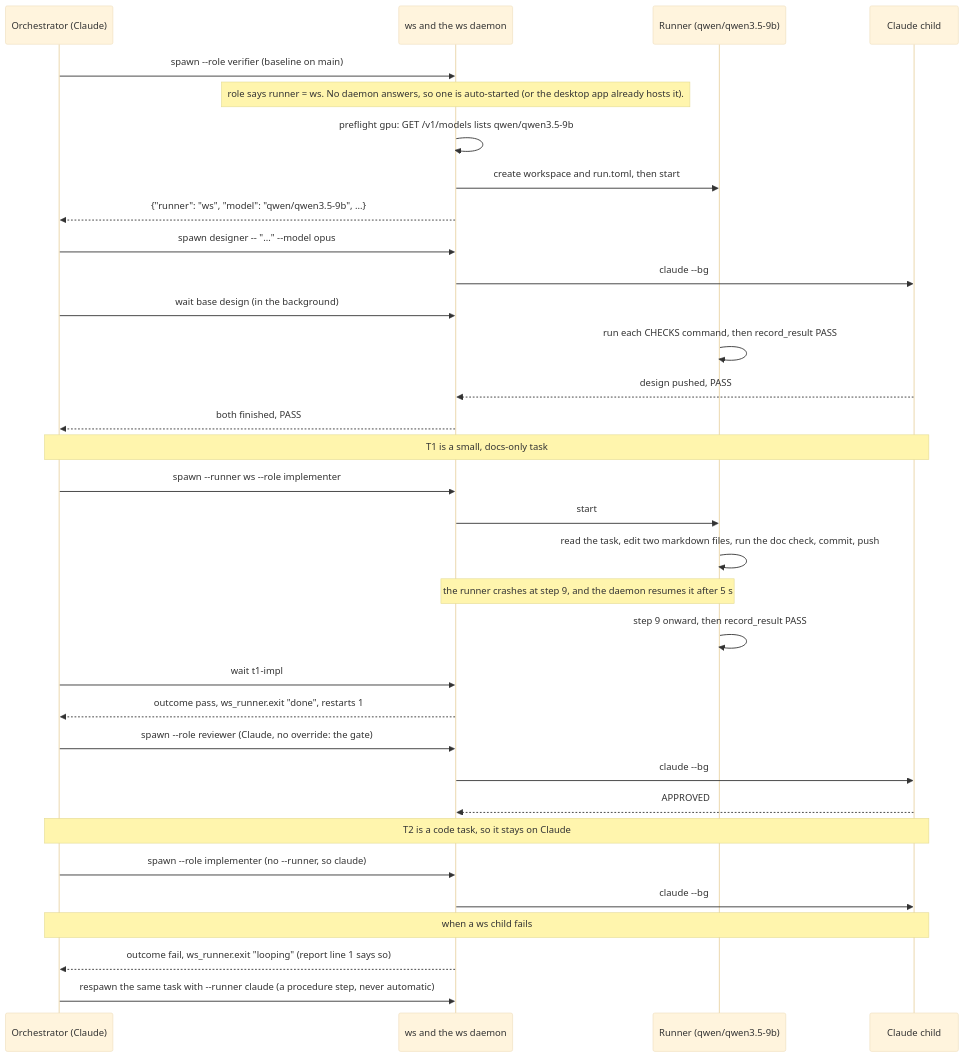
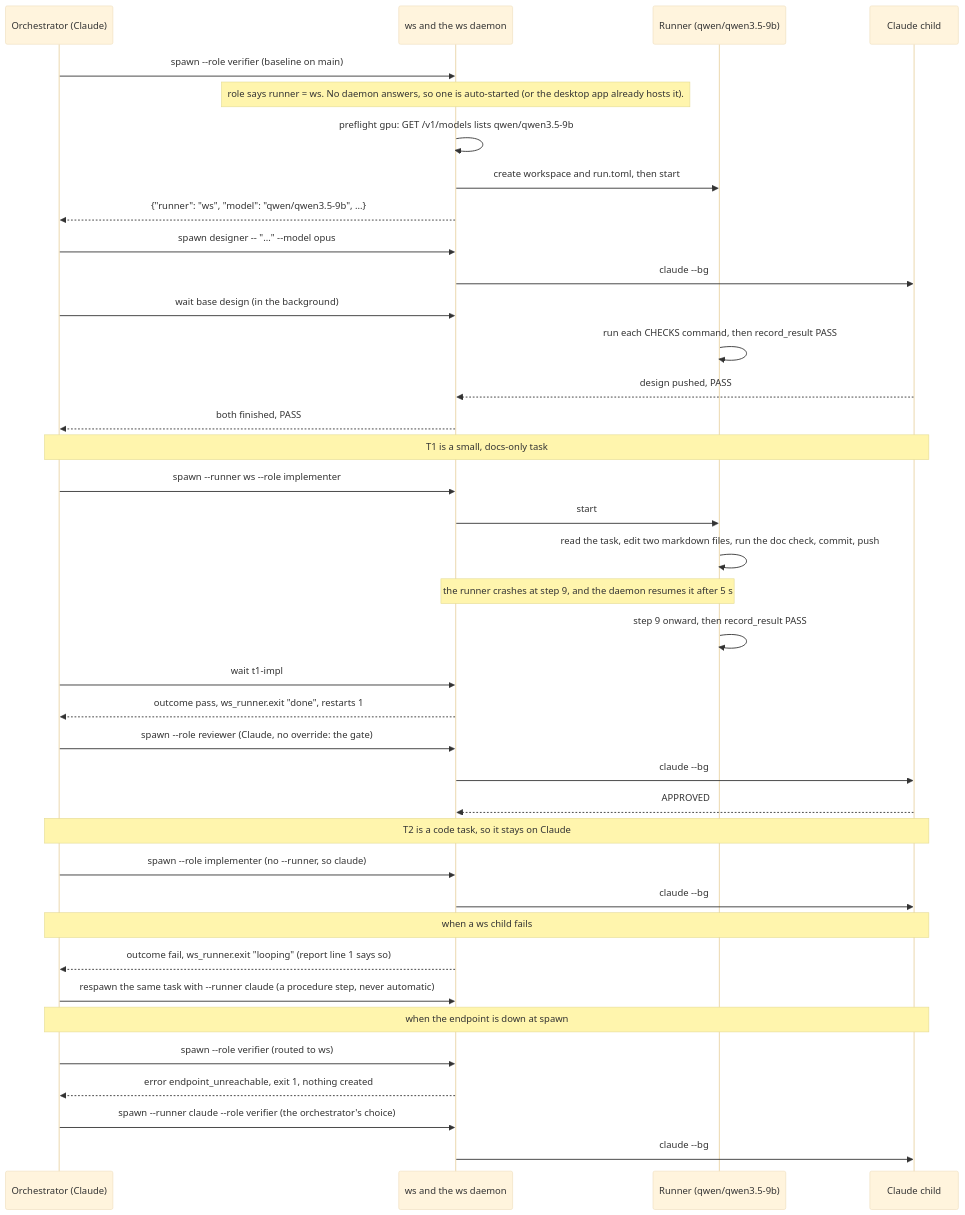
Before and after one commit to bobcob7/workspaces: the third of 4 diagrams in docs/design/ollama-agent/README.md, drawn with Mermaid (base theme). The commit also changed other lines of this file, not shown here.

Commit message:
docs: reference ADR 0071 and the roadmap from the runner design, and drop the fallback

````diff
--- a/docs/design/ollama-agent/README.md
+++ b/docs/design/ollama-agent/README.md
@@ -194,39 +239,45 @@
 ```mermaid
 sequenceDiagram
     participant O as Orchestrator (Claude)
     participant W as ws and the ws daemon
     participant R as Runner (qwen/qwen3.5-9b)
     participant C as Claude child
 
     O->>W: spawn --role verifier (baseline on main)
     Note over W: role says runner = ws. No daemon answers, so one is auto-started (or the desktop app already hosts it).
     W->>W: preflight gpu: GET /v1/models lists qwen/qwen3.5-9b
     W->>R: create workspace and run.toml, then start
     W-->>O: {"runner": "ws", "model": "qwen/qwen3.5-9b", ...}
     O->>W: spawn designer -- "..." --model opus
     W->>C: claude --bg
     O->>W: wait base design (in the background)
     R->>R: run each CHECKS command, then record_result PASS
     C-->>W: design pushed, PASS
     W-->>O: both finished, PASS
 
     Note over O,C: T1 is a small, docs-only task
     O->>W: spawn --runner ws --role implementer
     W->>R: start
     R->>R: read the task, edit two markdown files, run the doc check, commit, push
     Note over W,R: the runner crashes at step 9, and the daemon resumes it after 5 s
     R->>R: step 9 onward, then record_result PASS
     O->>W: wait t1-impl
     W-->>O: outcome pass, ws_runner.exit "done", restarts 1
     O->>W: spawn --role reviewer (Claude, no override: the gate)
     W->>C: claude --bg
     C-->>W: APPROVED
 
     Note over O,C: T2 is a code task, so it stays on Claude
     O->>W: spawn --role implementer (no --runner, so claude)
     W->>C: claude --bg
 
     Note over O,C: when a ws child fails
     W-->>O: outcome fail, ws_runner.exit "looping" (report line 1 says so)
     O->>W: respawn the same task with --runner claude (a procedure step, never automatic)
+
+    Note over O,C: when the endpoint is down at spawn
+    O->>W: spawn --role verifier (routed to ws)
+    W-->>O: error endpoint_unreachable, exit 1, nothing created
+    O->>W: spawn --runner claude --role verifier (the orchestrator's choice)
+    W->>C: claude --bg
 ```
````
